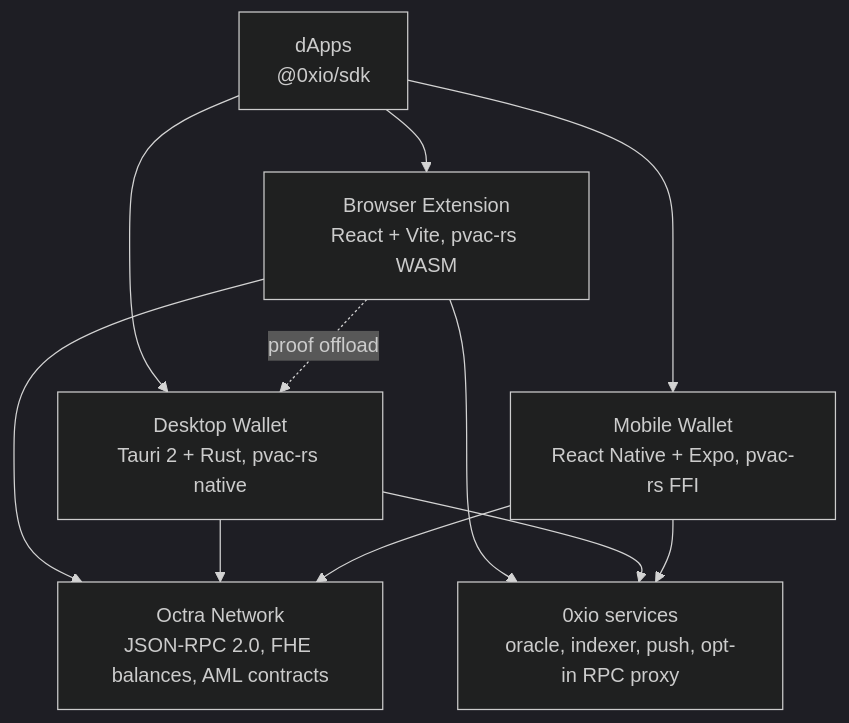
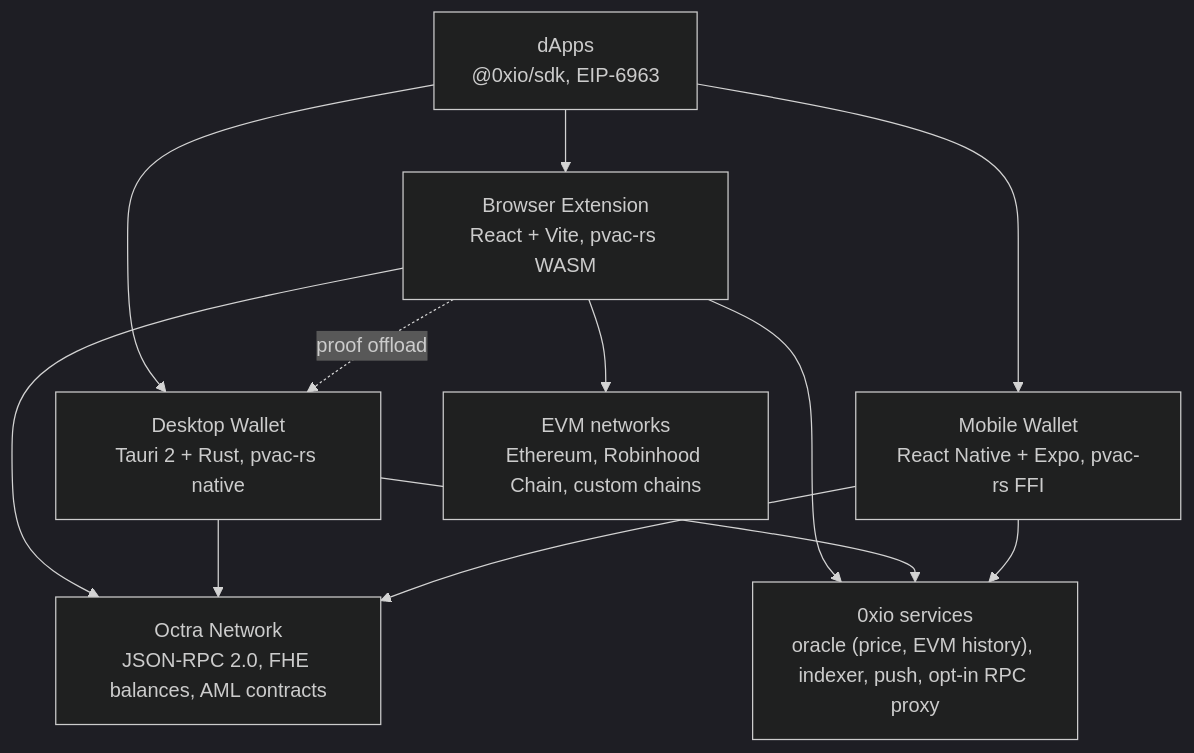
One commit to 0xio-xyz/.github changed the diagram in profile/README.md. Above: the diagram before and after it, drawn with Mermaid (dark theme). The commit also changed other lines of this file, not shown here.

````diff
--- a/profile/README.md
+++ b/profile/README.md
@@ -110,20 +122,22 @@
 ```mermaid
 flowchart TB
     ext["Browser Extension<br/>React + Vite, pvac-rs WASM"]
     desk["Desktop Wallet<br/>Tauri 2 + Rust, pvac-rs native"]
     mob["Mobile Wallet<br/>React Native + Expo, pvac-rs FFI"]
-    dapps["dApps<br/>@0xio/sdk"]
+    dapps["dApps<br/>@0xio/sdk, EIP-6963"]
     net["Octra Network<br/>JSON-RPC 2.0, FHE balances, AML contracts"]
-    svc["0xio services<br/>oracle, indexer, push, opt-in RPC proxy"]
+    evm["EVM networks<br/>Ethereum, Robinhood Chain, custom chains"]
+    svc["0xio services<br/>oracle (price, EVM history), indexer, push, opt-in RPC proxy"]
 
     dapps --> ext
     dapps --> desk
     dapps --> mob
     ext -. proof offload .-> desk
     ext --> net
+    ext --> evm
     desk --> net
     mob --> net
     ext --> svc
     desk --> svc
     mob --> svc
 ```
````
